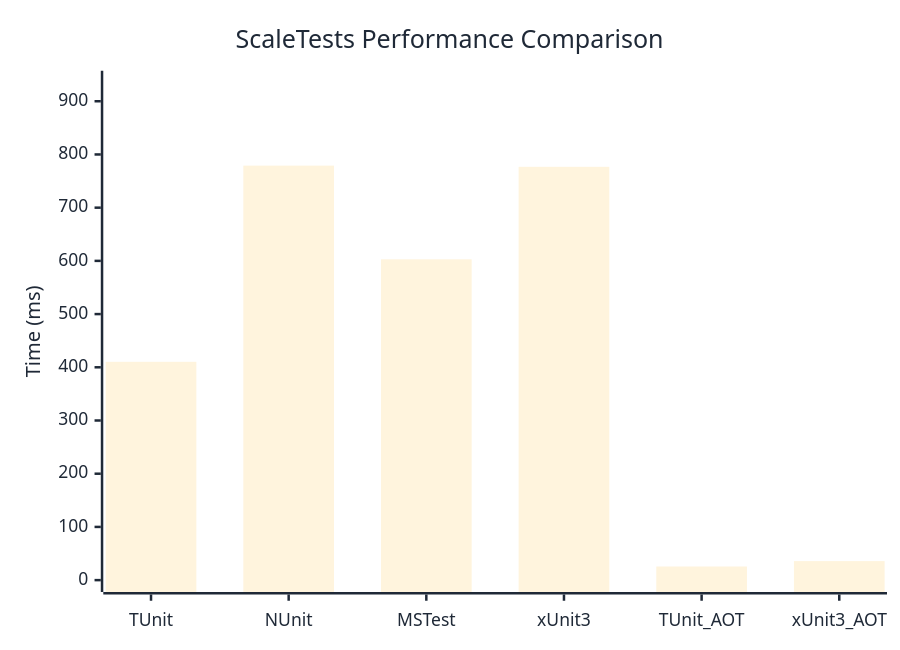
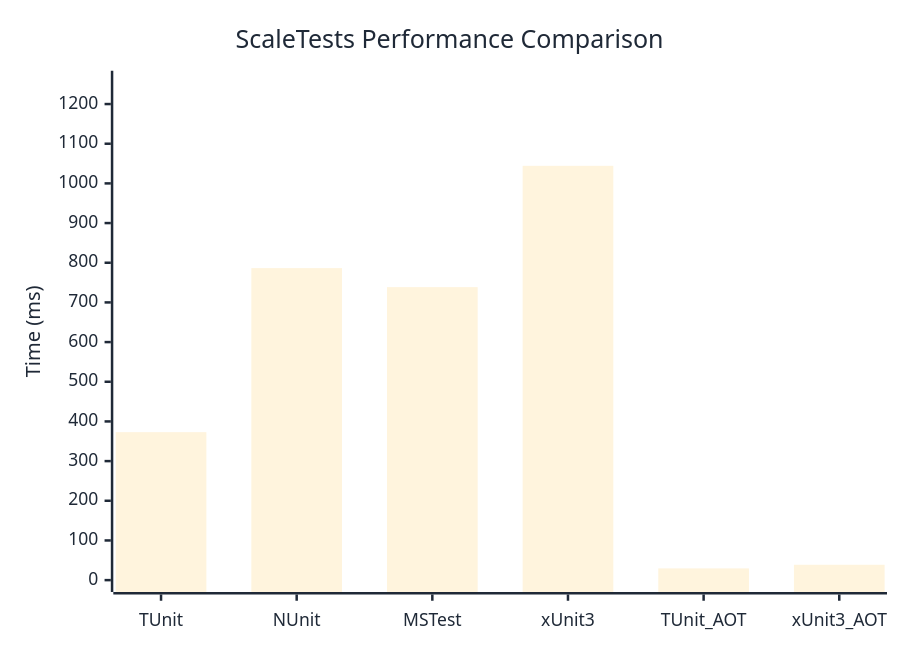
The diagram in docs/docs/benchmarks/engine/ScaleTests.md (thomhurst/TUnit), drawn with Mermaid before and after one commit. The commit also changed other lines of this file and 18 other files, not shown here.

````diff
--- a/docs/docs/benchmarks/engine/ScaleTests.md
+++ b/docs/docs/benchmarks/engine/ScaleTests.md
@@ -30,37 +30,37 @@
 ```mermaid
 %%{init: {
   'theme':'base',
   'themeVariables': {
     'primaryColor': '#2563eb',
     'primaryTextColor': '#1f2937',
     'primaryBorderColor': '#1e40af',
     'lineColor': '#6b7280',
     'secondaryColor': '#7c3aed',
     'tertiaryColor': '#dc2626',
     'background': '#ffffff',
     'mainBkg': '#2563eb',
     'secondBkg': '#7c3aed',
     'tertiaryBkg': '#dc2626',
     'clusterBkg': '#f3f4f6',
     'edgeLabelBackground': '#ffffff',
     'tertiaryTextColor': '#1f2937',
     'pie1': '#2563eb',
     'pie2': '#7c3aed',
     'pie3': '#dc2626',
     'pie4': '#f59e0b',
     'pie5': '#10b981',
     'pie6': '#06b6d4',
     'pie7': '#ec4899',
     'pie8': '#6366f1',
     'pie9': '#84cc16',
     'pie10': '#f97316',
     'pie11': '#14b8a6',
     'pie12': '#a855f7'
   }
 }}%%
 xychart-beta
   title "ScaleTests Performance Comparison"
   x-axis ["TUnit", "NUnit", "MSTest", "xUnit3", "TUnit_AOT", "xUnit3_AOT"]
-  y-axis "Time (ms)" 0 --> 935
-  bar [410.28, 779.01, 602.94, 776.74, 25.61, 35.74]
+  y-axis "Time (ms)" 0 --> 1254
+  bar [372.95, 786.49, 738.51, 1044.3, 29.56, 38.71]
 ```
````
